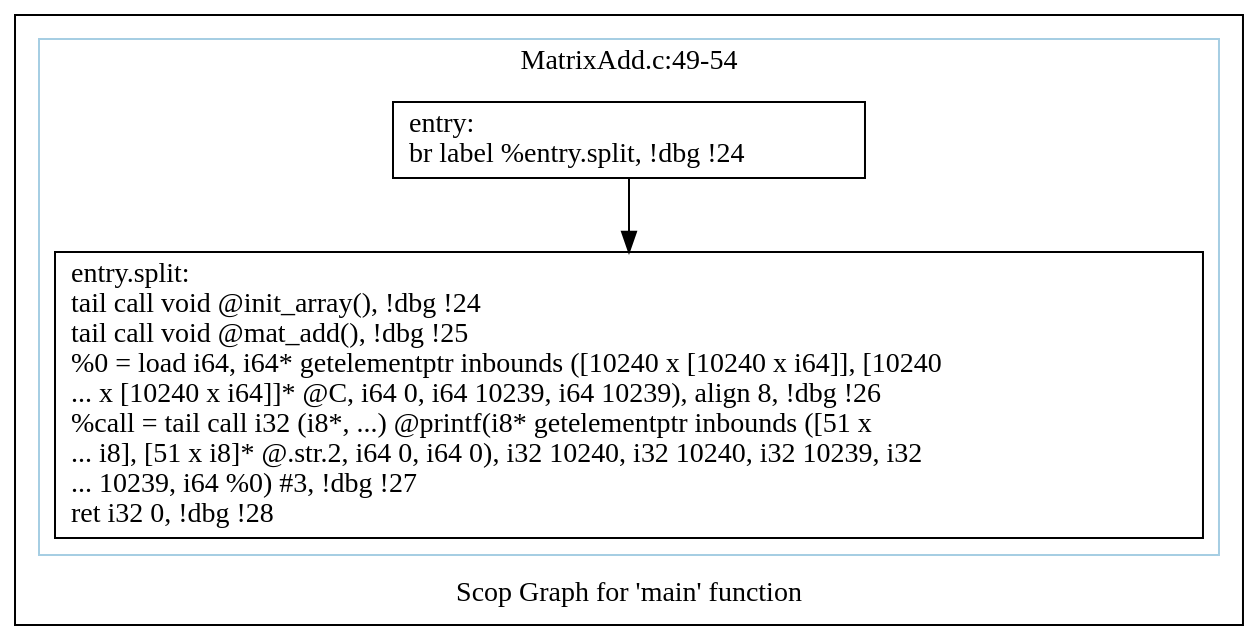
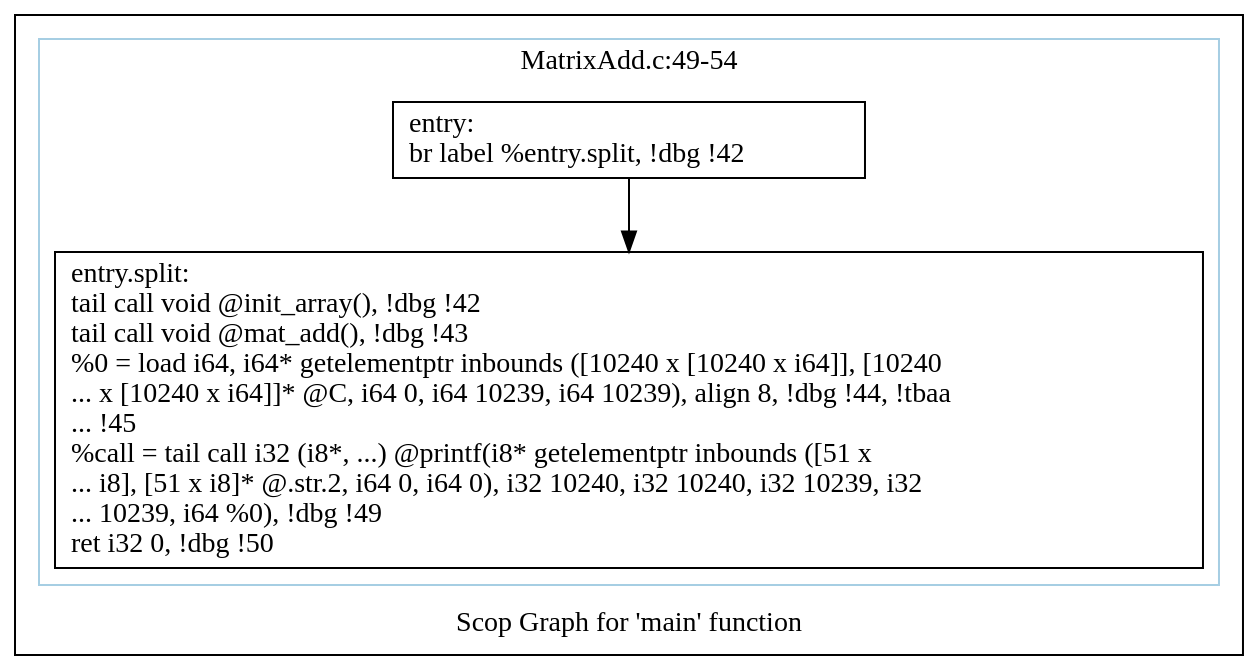
The diagram in polly/MatrixAdd/impl/handwritten/dot/scops.main.dot (samminweng/WhileyOpenCL), drawn with Graphviz before and after one commit. The commit also changed 34 other files, not shown here.

```diff
--- a/polly/MatrixAdd/impl/handwritten/dot/scops.main.dot
+++ b/polly/MatrixAdd/impl/handwritten/dot/scops.main.dot
@@ -1,16 +1,16 @@
 digraph "Scop Graph for 'main' function" {
 	label="Scop Graph for 'main' function";
 
-	Node0x4e978d0 [shape=record,label="{entry:\l  br label %entry.split, !dbg !24\l}"];
-	Node0x4e978d0 -> Node0x4ea38c0;
-	Node0x4ea38c0 [shape=record,label="{entry.split:                                      \l  tail call void @init_array(), !dbg !24\l  tail call void @mat_add(), !dbg !25\l  %0 = load i64, i64* getelementptr inbounds ([10240 x [10240 x i64]], [10240\l... x [10240 x i64]]* @C, i64 0, i64 10239, i64 10239), align 8, !dbg !26\l  %call = tail call i32 (i8*, ...) @printf(i8* getelementptr inbounds ([51 x\l... i8], [51 x i8]* @.str.2, i64 0, i64 0), i32 10240, i32 10240, i32 10239, i32\l... 10239, i64 %0) #3, !dbg !27\l  ret i32 0, !dbg !28\l}"];
+	Node0x8e67750 [shape=record,label="{entry:\l  br label %entry.split, !dbg !42\l}"];
+	Node0x8e67750 -> Node0x8f49990;
+	Node0x8f49990 [shape=record,label="{entry.split:                                      \l  tail call void @init_array(), !dbg !42\l  tail call void @mat_add(), !dbg !43\l  %0 = load i64, i64* getelementptr inbounds ([10240 x [10240 x i64]], [10240\l... x [10240 x i64]]* @C, i64 0, i64 10239, i64 10239), align 8, !dbg !44, !tbaa\l... !45\l  %call = tail call i32 (i8*, ...) @printf(i8* getelementptr inbounds ([51 x\l... i8], [51 x i8]* @.str.2, i64 0, i64 0), i32 10240, i32 10240, i32 10239, i32\l... 10239, i64 %0), !dbg !49\l  ret i32 0, !dbg !50\l}"];
 	colorscheme = "paired12"
-        subgraph cluster_0x4e9df10 {
+        subgraph cluster_0x8f3c920 {
           label = "MatrixAdd.c:49-54
 ";
           style = solid;
           color = 1
-          Node0x4e978d0;
-          Node0x4ea38c0;
+          Node0x8e67750;
+          Node0x8f49990;
         }
 }
```
